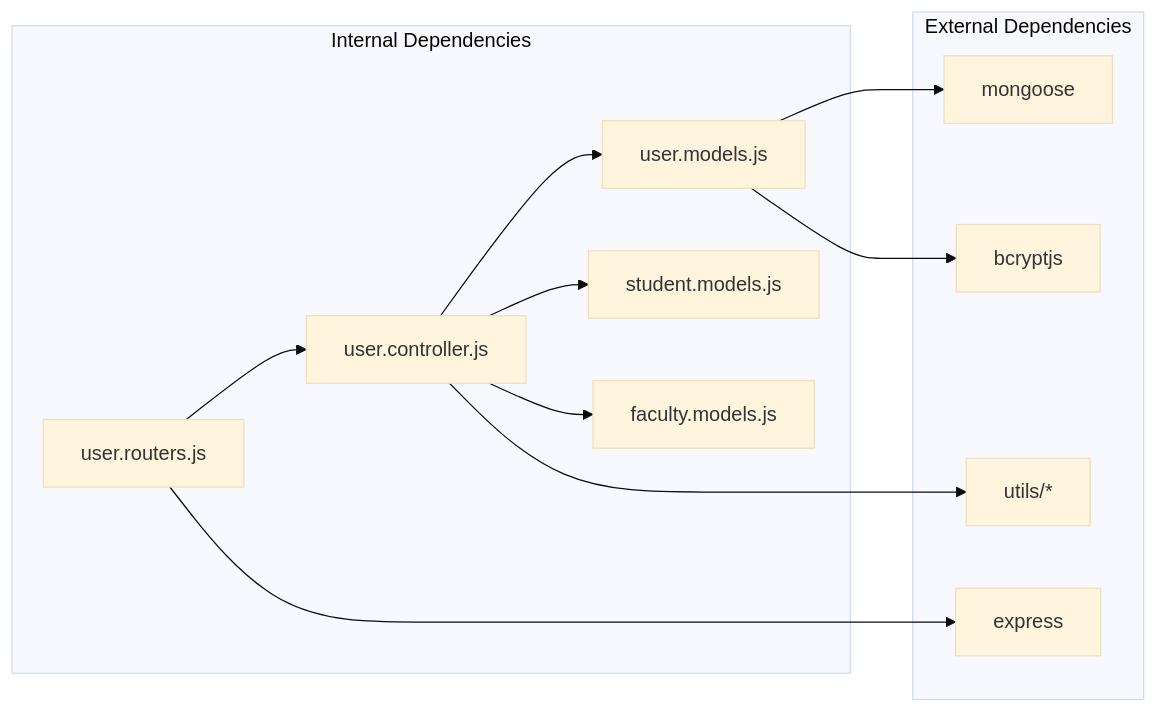
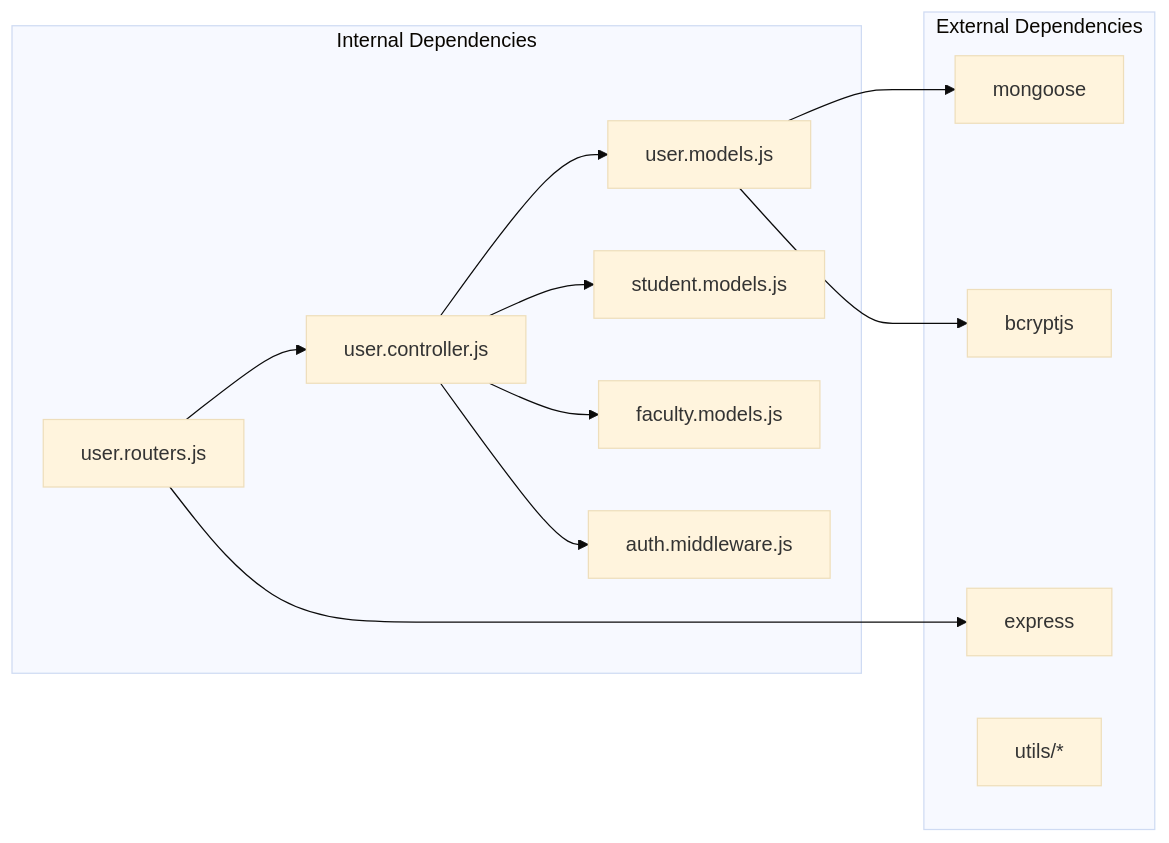
Before and after one commit to Aryan9060/Timetable-Project: the ninth of 9 diagrams in .qoder/repowiki/en/content/Data Models & Database Schema/Core User Model.md, drawn with Mermaid (base theme). The commit also changed other lines of this file and 8 other files, not shown here.

````diff
--- a/.qoder/repowiki/en/content/Data Models & Database Schema/Core User Model.md
+++ b/.qoder/repowiki/en/content/Data Models & Database Schema/Core User Model.md
@@ -389,24 +395,25 @@
 ```mermaid
 graph LR
 subgraph "Internal Dependencies"
 UM["user.models.js"]
 UC["user.controller.js"]
 UR["user.routers.js"]
 SM["student.models.js"]
 FM["faculty.models.js"]
+AM["auth.middleware.js"]
 end
 subgraph "External Dependencies"
 MONGOOSE["mongoose"]
 EXPRESS["express"]
 BCRYPT["bcryptjs"]
 UTILS["utils/*"]
 end
 UM --> MONGOOSE
 UM --> BCRYPT
 UC --> UM
 UC --> SM
 UC --> FM
-UC --> UTILS
+UC --> AM
 UR --> UC
 UR --> EXPRESS
 ```
````
